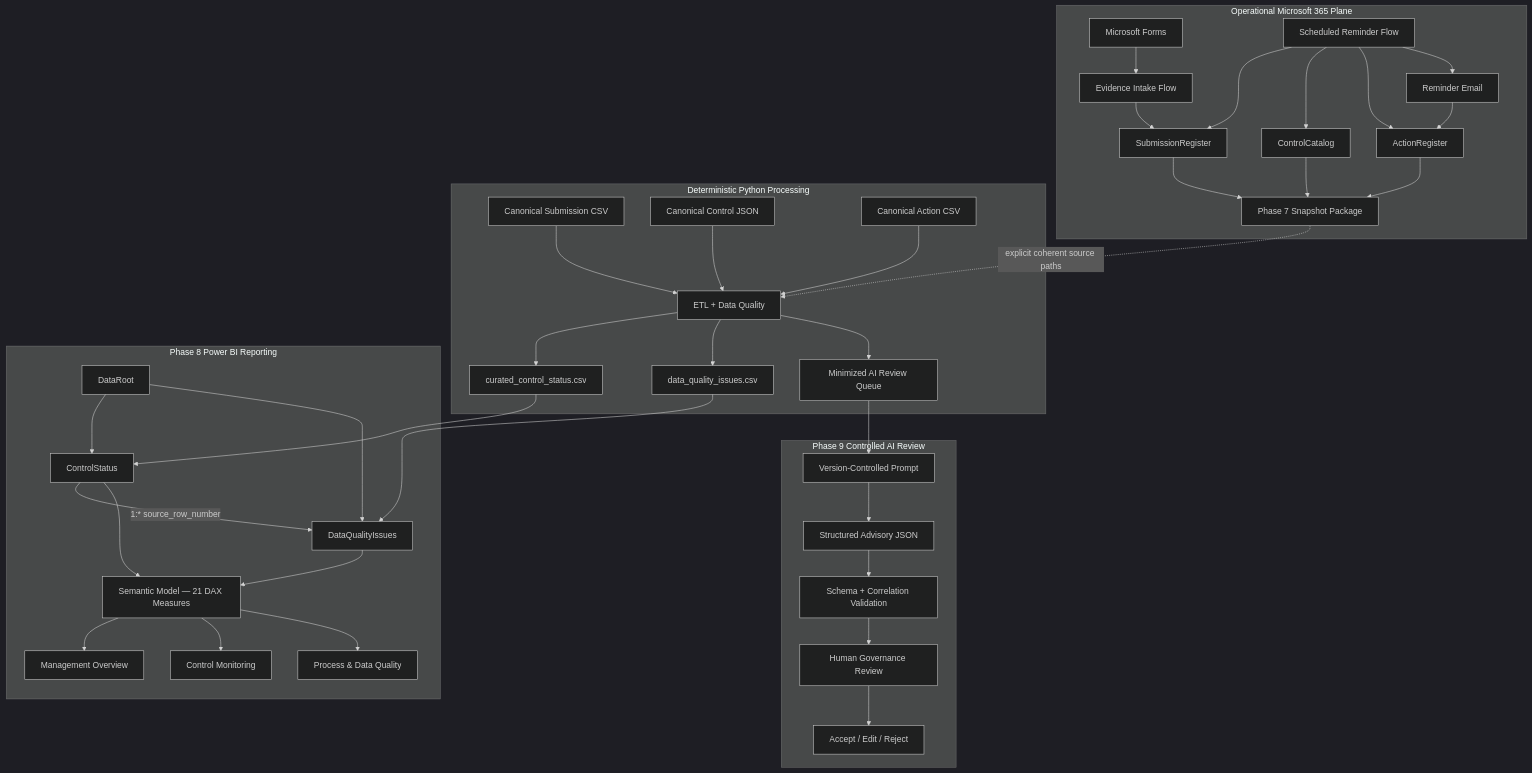
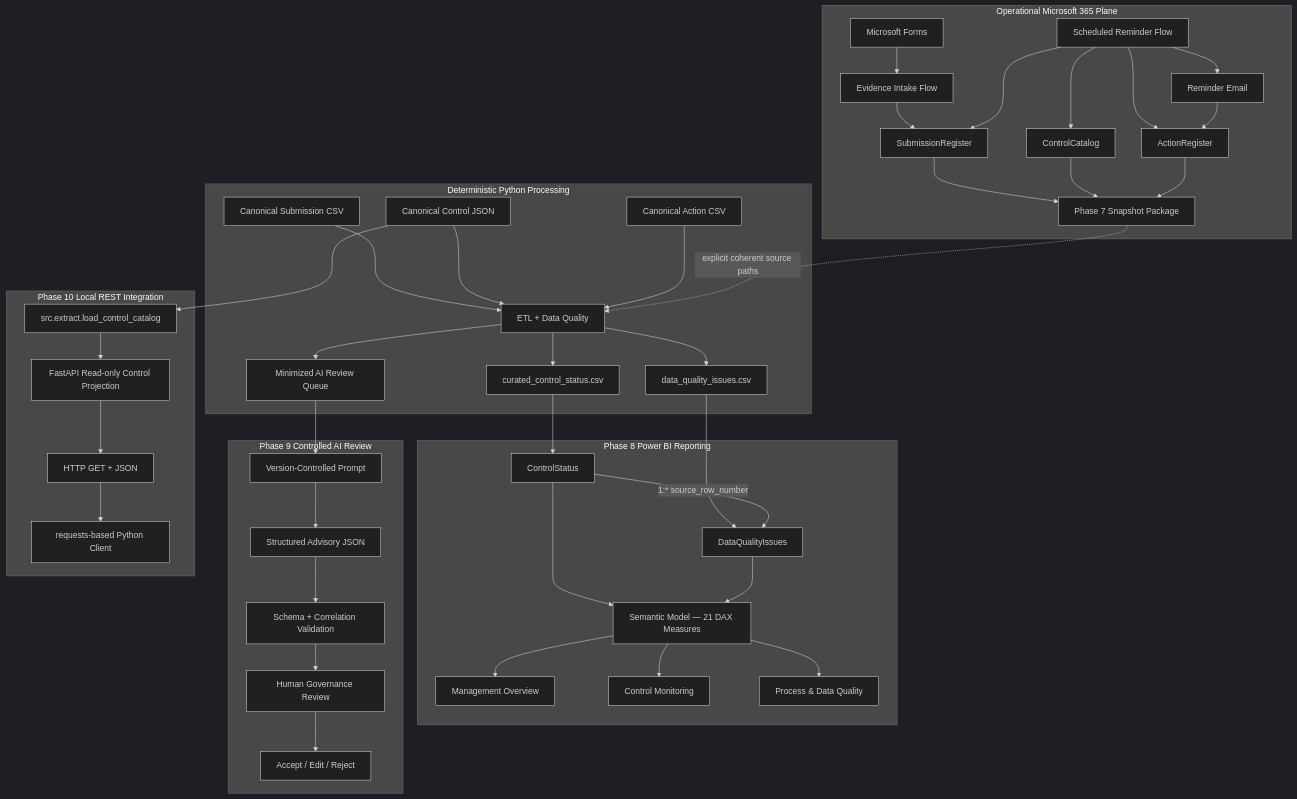
One commit to gw-ai-security/cyber-governance-automation-lab changed the diagram in docs/architecture.md. Above: the diagram before and after it, drawn with Mermaid (dark theme). The commit also changed other lines of this file, not shown here.

Commit message:
docs: update architecture through Phase 10

````diff
--- a/docs/architecture.md
+++ b/docs/architecture.md
@@ -38,46 +52,51 @@
 ```mermaid
 flowchart TD
     subgraph OP[Operational Microsoft 365 Plane]
         A[Microsoft Forms] --> B[Evidence Intake Flow]
         B --> C[SubmissionRegister]
         D[Scheduled Reminder Flow] --> C
         D --> E[ControlCatalog]
         D --> F[ActionRegister]
         D --> G[Reminder Email]
         G --> F
         C --> S[Phase 7 Snapshot Package]
         E --> S
         F --> S
     end
 
     subgraph PY[Deterministic Python Processing]
         H[Canonical Submission CSV] --> K[ETL + Data Quality]
         I[Canonical Control JSON] --> K
         J[Canonical Action CSV] --> K
         S -. explicit coherent source paths .-> K
         K --> L[curated_control_status.csv]
         K --> M[data_quality_issues.csv]
         K --> N[Minimized AI Review Queue]
     end
 
     subgraph BI[Phase 8 Power BI Reporting]
-        DR[DataRoot] --> CS[ControlStatus]
-        DR --> DQ[DataQualityIssues]
-        L --> CS
-        M --> DQ
-        CS -->|1:* source_row_number| DQ
-        CS --> SM[Semantic Model — 21 DAX Measures]
-        DQ --> SM
-        SM --> MO[Management Overview]
-        SM --> CM[Control Monitoring]
-        SM --> PDQ[Process & Data Quality]
+        L --> P[ControlStatus]
+        M --> O[DataQualityIssues]
+        P -->|1:* source_row_number| O
+        P --> R[Semantic Model — 21 DAX Measures]
+        O --> R
+        R --> U[Management Overview]
+        R --> V[Control Monitoring]
+        R --> W[Process & Data Quality]
     end
 
     subgraph AI[Phase 9 Controlled AI Review]
-        N --> P[Version-Controlled Prompt]
-        P --> O[Structured Advisory JSON]
-        O --> V[Schema + Correlation Validation]
-        V --> HR[Human Governance Review]
-        HR --> DEC[Accept / Edit / Reject]
+        N --> Q[Version-Controlled Prompt]
+        Q --> X[Structured Advisory JSON]
+        X --> Y[Schema + Correlation Validation]
+        Y --> T[Human Governance Review]
+        T --> Z[Accept / Edit / Reject]
+    end
+
+    subgraph API[Phase 10 Local REST Integration]
+        I --> LC[src.extract.load_control_catalog]
+        LC --> FA[FastAPI Read-only Control Projection]
+        FA --> HC[HTTP GET + JSON]
+        HC --> RC[requests-based Python Client]
     end
 ```
````
